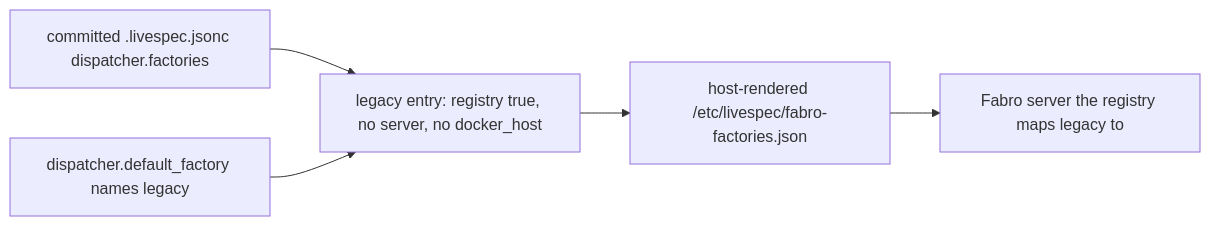
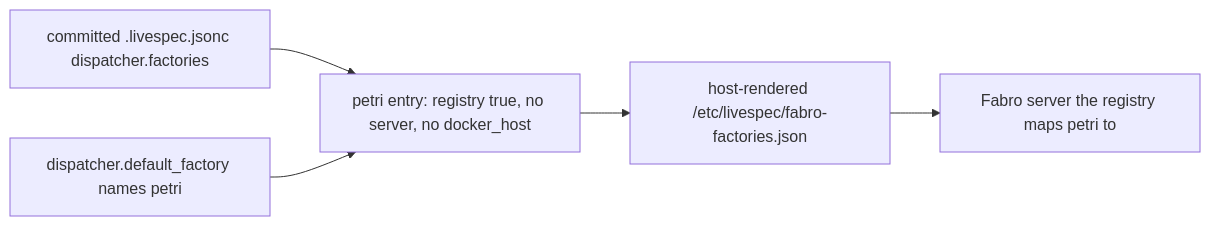
Before and after one commit to thewoolleyman/livespec-console-beads-fabro: diagram 32 of 32 in SPECIFICATION/scenarios.md, drawn with Mermaid. The commit also changed other lines of this file and 12 other files, not shown here.

First line of the commit message:
chore(config): cut dispatcher.default_factory over from legacy to petri

````diff
--- a/SPECIFICATION/scenarios.md
+++ b/SPECIFICATION/scenarios.md
@@ -1428,12 +1428,12 @@
 ```mermaid
 flowchart LR
   Committed["committed .livespec.jsonc dispatcher.factories"]
-  Legacy["legacy entry: registry true, no server, no docker_host"]
-  Default["dispatcher.default_factory names legacy"]
+  Petri["petri entry: registry true, no server, no docker_host"]
+  Default["dispatcher.default_factory names petri"]
   Rendered["host-rendered /etc/livespec/fabro-factories.json"]
-  Server["Fabro server the registry maps legacy to"]
+  Server["Fabro server the registry maps petri to"]
 
-  Committed --> Legacy
-  Default --> Legacy
-  Legacy --> Rendered --> Server
+  Committed --> Petri
+  Default --> Petri
+  Petri --> Rendered --> Server
 ```
````
